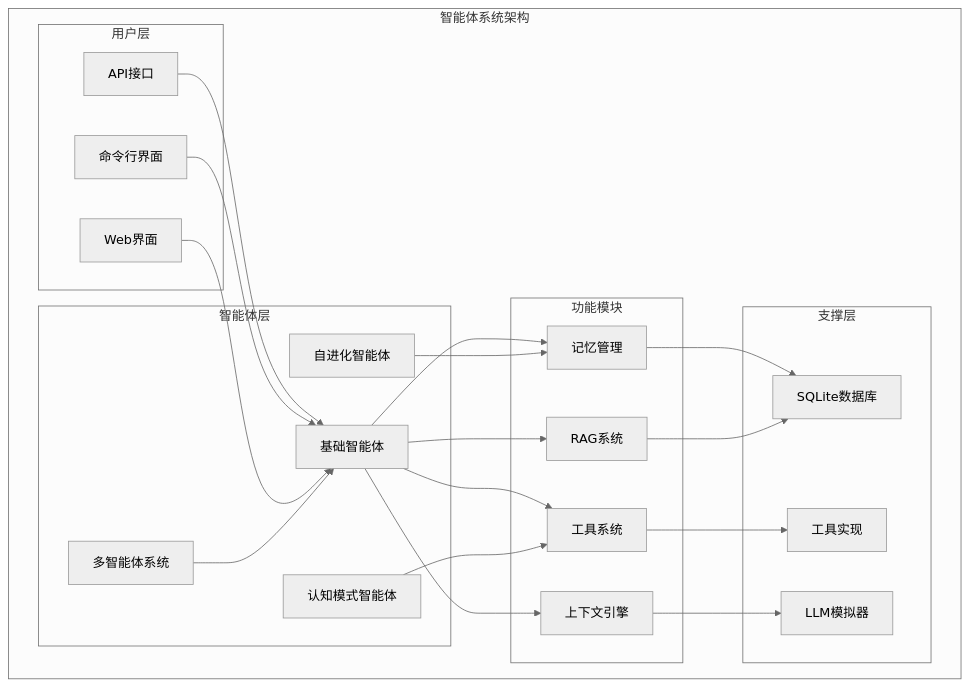
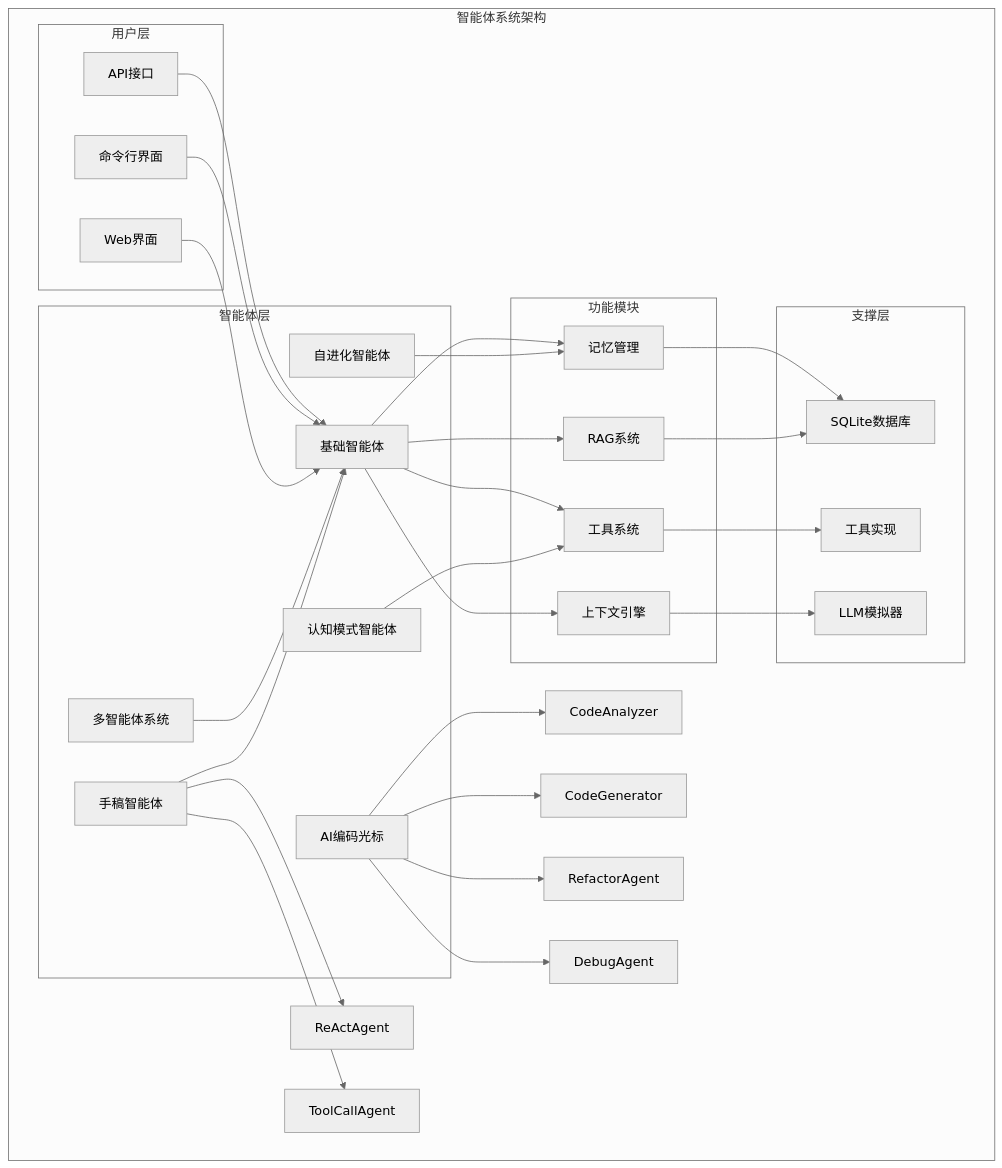
Before and after one commit to Leavesfly/TinyAI: diagram 16 of 18 in .qoder/repowiki/zh/content/智能体系统/智能体系统.md, drawn with Mermaid (neutral theme). The commit also changed other lines of this file and 40 other files, not shown here.

````diff
--- a/.qoder/repowiki/zh/content/智能体系统/智能体系统.md
+++ b/.qoder/repowiki/zh/content/智能体系统/智能体系统.md
@@ -549,41 +825,50 @@
 ```mermaid
 graph TB
 subgraph "智能体系统架构"
 subgraph "用户层"
 API[API接口]
 CLI[命令行界面]
 Web[Web界面]
 end
 subgraph "智能体层"
 BaseAgent[基础智能体]
 MultiAgent[多智能体系统]
 EvolvingAgent[自进化智能体]
 PatternAgent[认知模式智能体]
+CodingCursor[AI编码光标]
+ManusAgent[手稿智能体]
 end
 subgraph "功能模块"
 Memory[记忆管理]
 RAG[RAG系统]
 Tools[工具系统]
 Context[上下文引擎]
 end
 subgraph "支撑层"
 Database[SQLite数据库]
 LLM[LLM模拟器]
 ToolsImpl[工具实现]
 end
 API --> BaseAgent
 CLI --> BaseAgent
 Web --> BaseAgent
 BaseAgent --> Memory
 BaseAgent --> RAG
 BaseAgent --> Tools
 BaseAgent --> Context
 MultiAgent --> BaseAgent
 EvolvingAgent --> Memory
 PatternAgent --> Tools
+CodingCursor --> CodeAnalyzer
+CodingCursor --> CodeGenerator
+CodingCursor --> RefactorAgent
+CodingCursor --> DebugAgent
+ManusAgent --> BaseAgent
+ManusAgent --> ReActAgent
+ManusAgent --> ToolCallAgent
 Memory --> Database
 RAG --> Database
 Tools --> ToolsImpl
 Context --> LLM
 end
 ```
````
